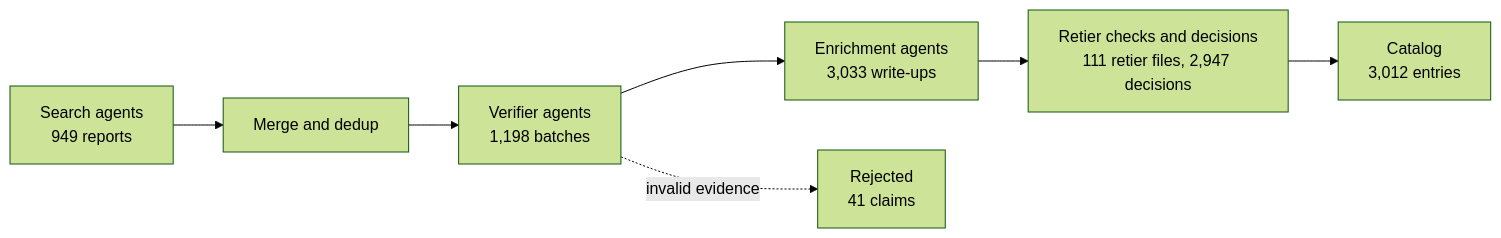
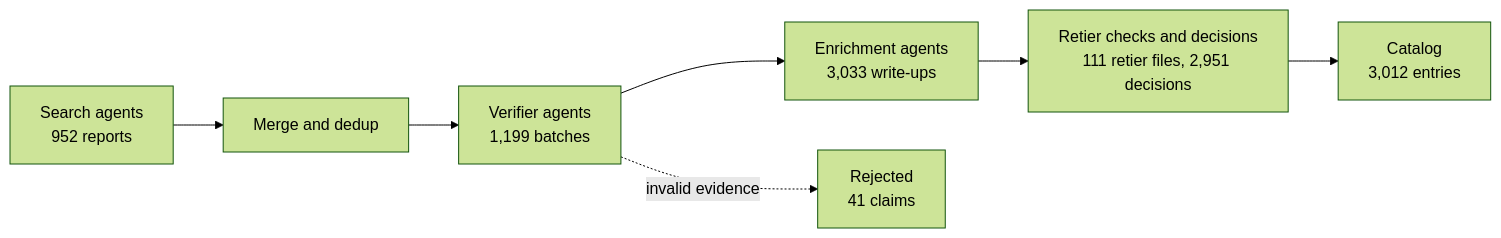
Before and after one commit to harrisjib216/fastplusplus: the diagram in README.md, drawn with Mermaid (forest theme). The commit also changed 23 other files, not shown here.

````diff
--- a/README.md
+++ b/README.md
@@ -116,9 +116,9 @@
 ```mermaid
 flowchart LR
-  S["Search agents<br/>949 reports"] --> M["Merge and dedup"]
-  M --> V["Verifier agents<br/>1,198 batches"]
+  S["Search agents<br/>952 reports"] --> M["Merge and dedup"]
+  M --> V["Verifier agents<br/>1,199 batches"]
   V --> E["Enrichment agents<br/>3,033 write-ups"]
-  E --> R["Retier checks and decisions<br/>111 retier files, 2,947 decisions"]
+  E --> R["Retier checks and decisions<br/>111 retier files, 2,951 decisions"]
   R --> C["Catalog<br/>3,012 entries"]
   V -. invalid evidence .-> X["Rejected<br/>41 claims"]
 ```
````
